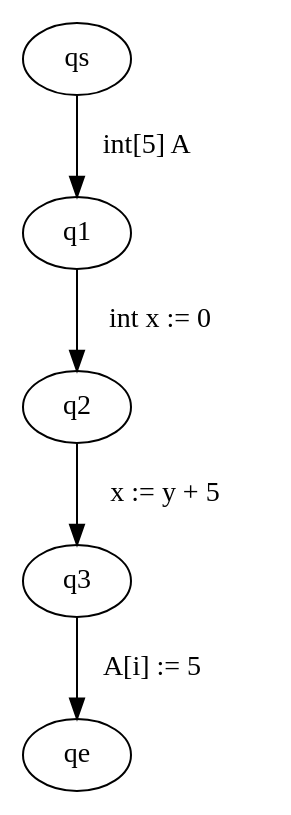
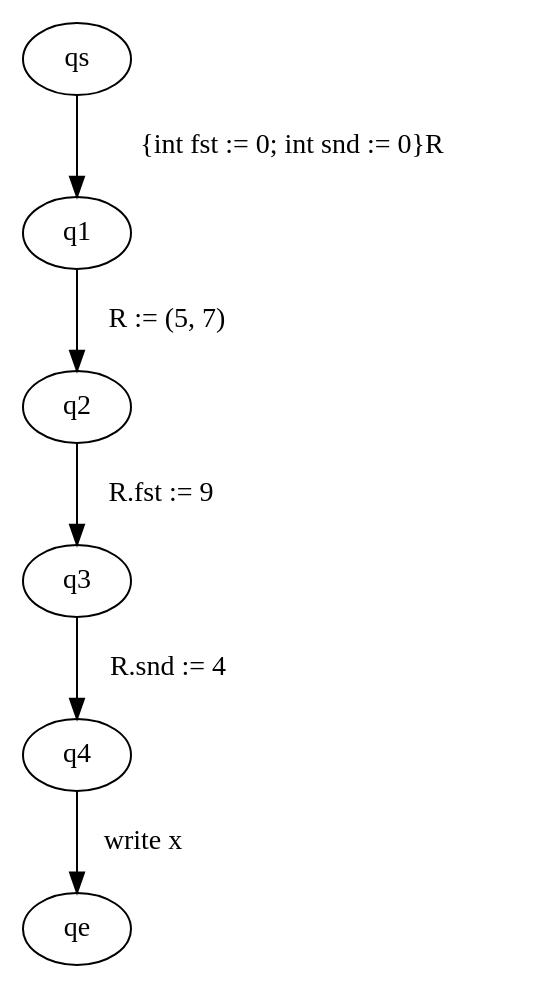
The diagram in src/main/java/graphviz/input.dot (FloKes/ProgramAnalysis), drawn with Graphviz before and after one commit. The commit also changed 6 other files, not shown here.

```diff
--- a/src/main/java/graphviz/input.dot
+++ b/src/main/java/graphviz/input.dot
@@ -1,6 +1,7 @@
 digraph ProgramGraph{
-"qs" -> "q1" [label="  int[5] A   "] 
-"q1" -> "q2" [label="  int x := 0   "] 
-"q2" -> "q3" [label="  x := y + 5   "] 
-"q3" -> "qe" [label="  A[i] := 5   "] 
+"qs" -> "q1" [label="  {int fst := 0; int snd := 0}R   "] 
+"q1" -> "q2" [label="  R := (5, 7)   "] 
+"q2" -> "q3" [label="  R.fst := 9   "] 
+"q3" -> "q4" [label="  R.snd := 4   "] 
+"q4" -> "qe" [label="  write x   "] 
 }
```
